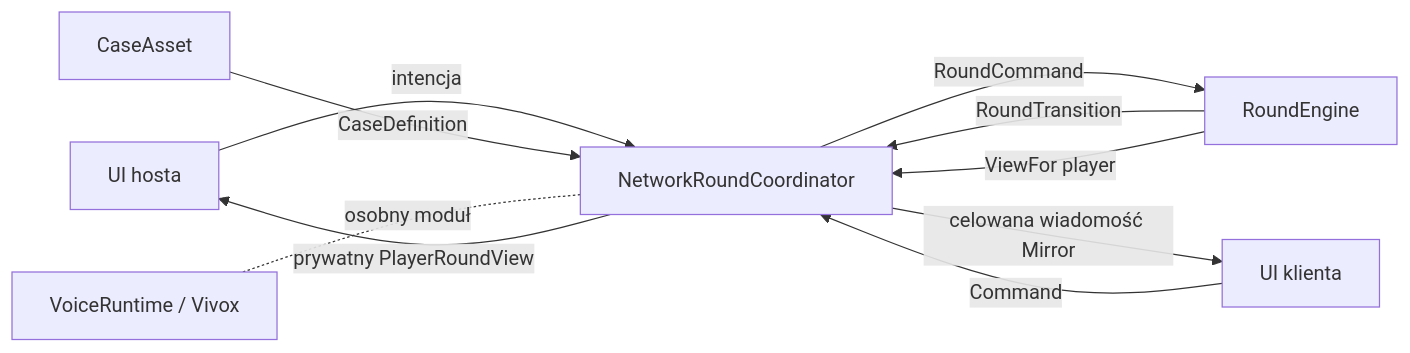
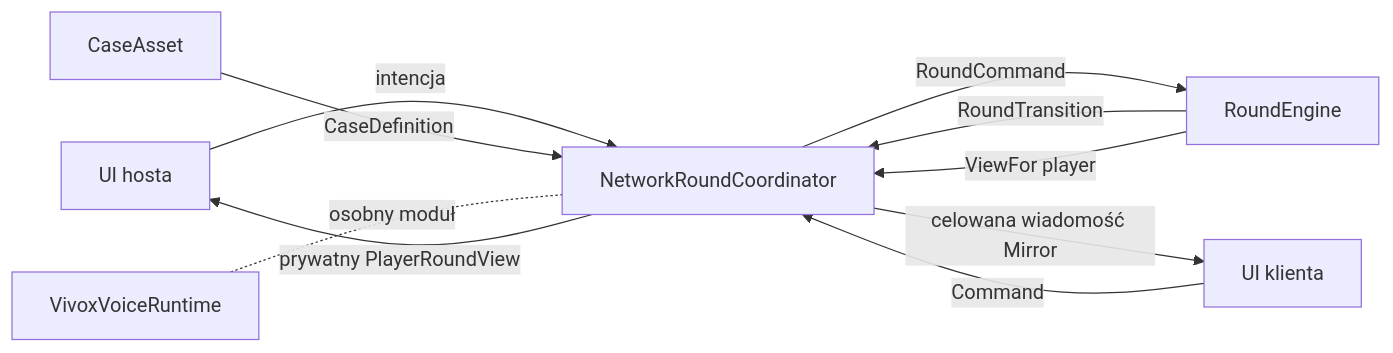
One commit to mantczak04/interrogation-room changed the diagram in docs/architecture/MVP-ARCHITECTURE.md. Above: the diagram before and after it, drawn with Mermaid. The commit also changed other lines of this file and 142 other files, not shown here.

````diff
--- a/docs/architecture/MVP-ARCHITECTURE.md
+++ b/docs/architecture/MVP-ARCHITECTURE.md
@@ -63,12 +63,12 @@
 ```mermaid
 flowchart LR
     HostUI["UI hosta"] -->|intencja| Coordinator["NetworkRoundCoordinator"]
     RemoteUI["UI klienta"] -->|Command| Coordinator
     Coordinator -->|RoundCommand| Engine["RoundEngine"]
     Engine -->|RoundTransition| Coordinator
     Engine -->|ViewFor player| Coordinator
     Coordinator -->|prywatny PlayerRoundView| HostUI
     Coordinator -->|celowana wiadomość Mirror| RemoteUI
     CaseAsset["CaseAsset"] -->|CaseDefinition| Coordinator
-    Voice["VoiceRuntime / Vivox"] -. "osobny moduł" .- Coordinator
+    Voice["VivoxVoiceRuntime"] -. "osobny moduł" .- Coordinator
 ```
````
